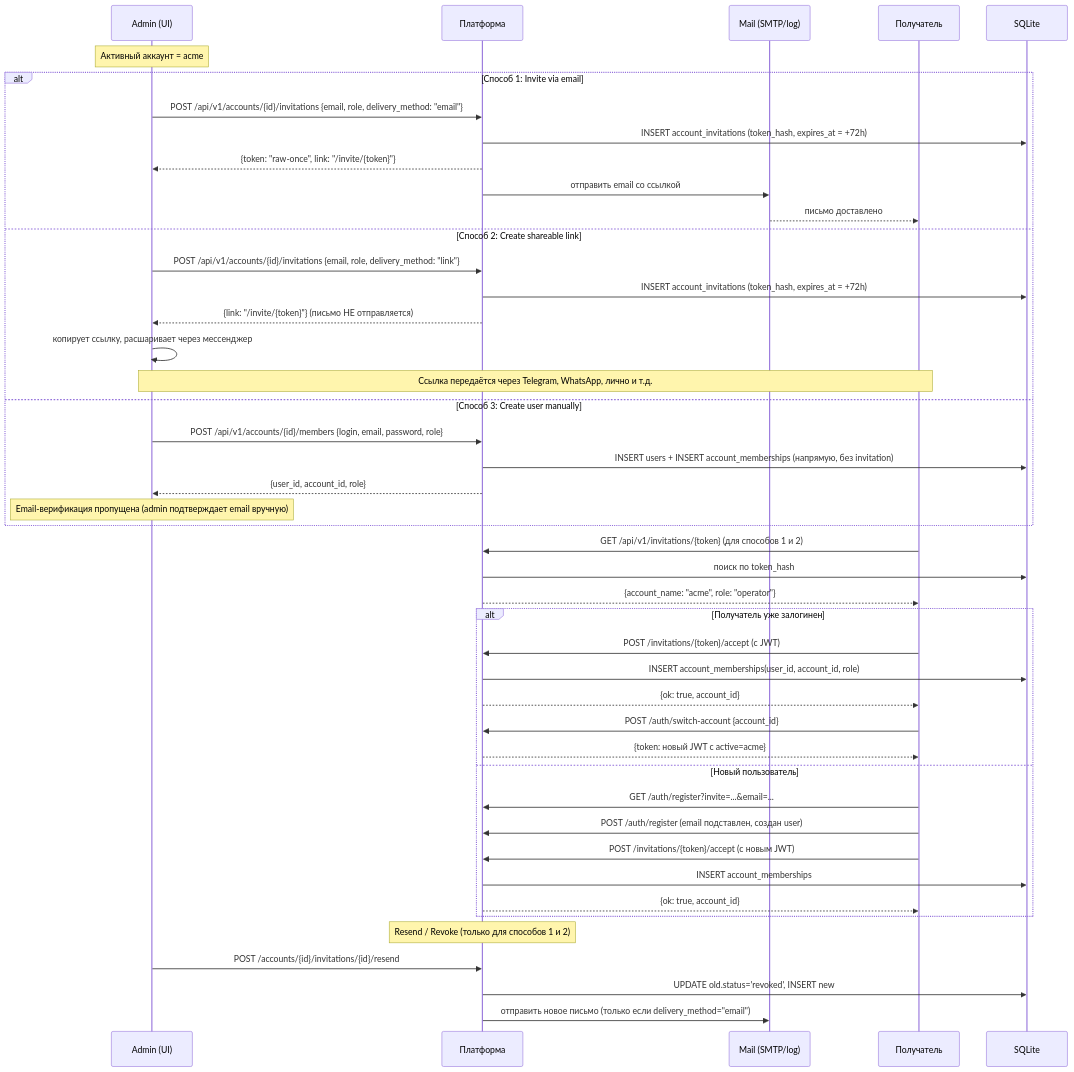
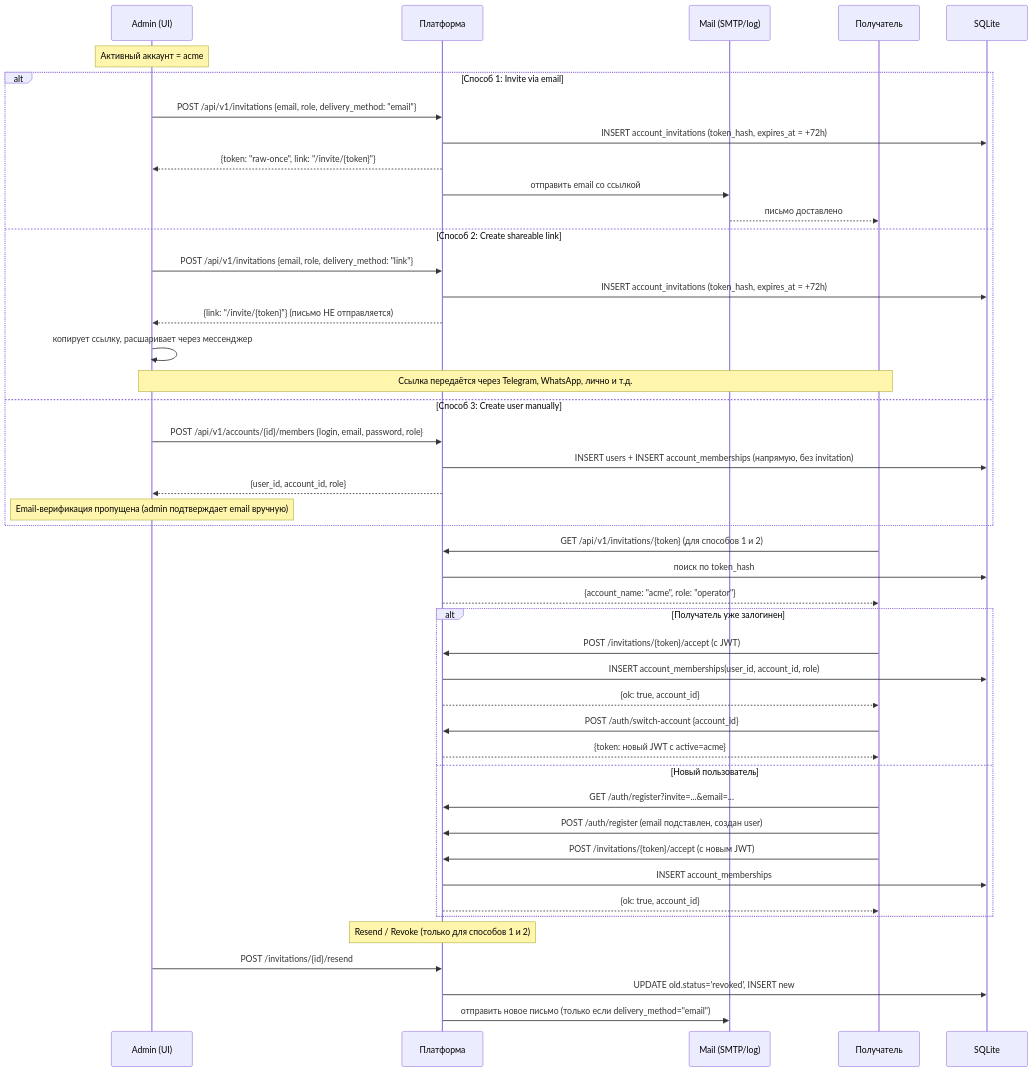
The second of 5 diagrams in docs/ru/16-multi-account.md (darvik80/iot-platform-go), drawn with Mermaid before and after one commit. The commit also changed other lines of this file and 81 other files, not shown here.

````diff
--- a/docs/ru/16-multi-account.md
+++ b/docs/ru/16-multi-account.md
@@ -279,52 +291,52 @@
 ```mermaid
 sequenceDiagram
     participant A as Admin (UI)
     participant P as Платформа
     participant M as Mail (SMTP/log)
     participant R as Получатель
     participant DB as SQLite
 
     Note over A: Активный аккаунт = acme
     
     alt Способ 1: Invite via email
-        A->>P: POST /api/v1/accounts/{id}/invitations {email, role, delivery_method: "email"}
+        A->>P: POST /api/v1/invitations {email, role, delivery_method: "email"}
         P->>DB: INSERT account_invitations (token_hash, expires_at = +72h)
         P-->>A: {token: "raw-once", link: "/invite/{token}"}
         P->>M: отправить email со ссылкой
         M-->>R: письмо доставлено
     else Способ 2: Create shareable link
-        A->>P: POST /api/v1/accounts/{id}/invitations {email, role, delivery_method: "link"}
+        A->>P: POST /api/v1/invitations {email, role, delivery_method: "link"}
         P->>DB: INSERT account_invitations (token_hash, expires_at = +72h)
         P-->>A: {link: "/invite/{token}"} (письмо НЕ отправляется)
         A->>A: копирует ссылку, расшаривает через мессенджер
         Note over A,R: Ссылка передаётся через Telegram, WhatsApp, лично и т.д.
     else Способ 3: Create user manually
         A->>P: POST /api/v1/accounts/{id}/members {login, email, password, role}
         P->>DB: INSERT users + INSERT account_memberships (напрямую, без invitation)
         P-->>A: {user_id, account_id, role}
         Note over A: Email-верификация пропущена (admin подтверждает email вручную)
     end
 
     R->>P: GET /api/v1/invitations/{token} (для способов 1 и 2)
     P->>DB: поиск по token_hash
     P-->>R: {account_name: "acme", role: "operator"}
 
     alt Получатель уже залогинен
         R->>P: POST /invitations/{token}/accept (с JWT)
         P->>DB: INSERT account_memberships(user_id, account_id, role)
         P-->>R: {ok: true, account_id}
         R->>P: POST /auth/switch-account {account_id}
         P-->>R: {token: новый JWT с active=acme}
     else Новый пользователь
         R->>P: GET /auth/register?invite=...&email=...
         R->>P: POST /auth/register (email подставлен, создан user)
         R->>P: POST /invitations/{token}/accept (с новым JWT)
         P->>DB: INSERT account_memberships
         P-->>R: {ok: true, account_id}
     end
 
     Note over P: Resend / Revoke (только для способов 1 и 2)
-    A->>P: POST /accounts/{id}/invitations/{id}/resend
+    A->>P: POST /invitations/{id}/resend
     P->>DB: UPDATE old.status='revoked', INSERT new
     P->>M: отправить новое письмо (только если delivery_method="email")
 ```
````
